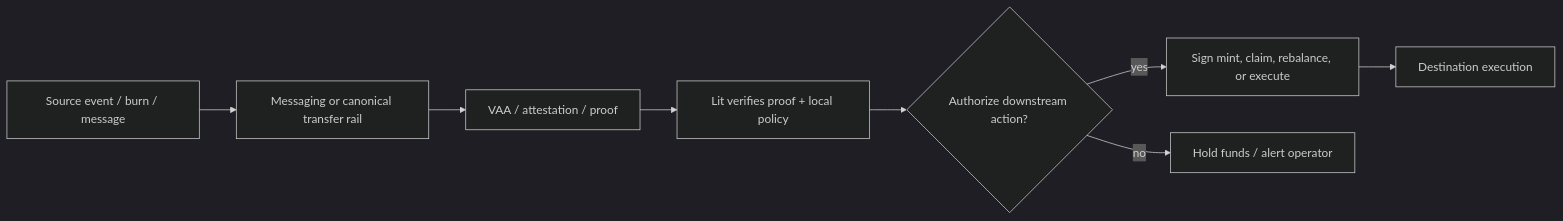
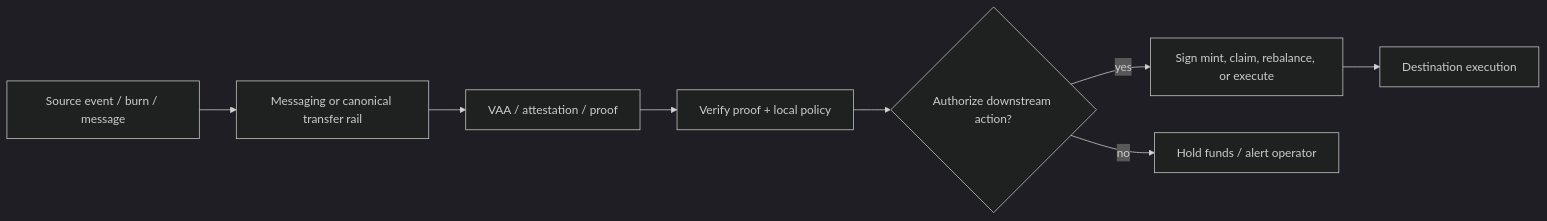
One commit to LIT-Protocol/chipotle changed the sixth of 6 diagrams in plans/cross-chain-solver-report.md. Above: the diagram before and after it, drawn with Mermaid (dark theme). The commit also changed other lines of this file, not shown here.

````diff
--- a/plans/cross-chain-solver-report.md
+++ b/plans/cross-chain-solver-report.md
@@ -469,10 +431,10 @@
 ```mermaid
 flowchart LR
   SourceEvent[Source event / burn / message] --> Rail[Messaging or canonical transfer rail]
   Rail --> Attestation[VAA / attestation / proof]
-  Attestation --> Lit[Lit verifies proof + local policy]
-  Lit --> Decision{Authorize downstream action?}
+  Attestation --> Control[Verify proof + local policy]
+  Control --> Decision{Authorize downstream action?}
   Decision -->|yes| Sign[Sign mint, claim, rebalance, or execute]
   Decision -->|no| Hold[Hold funds / alert operator]
   Sign --> Destination[Destination execution]
 ```
````
